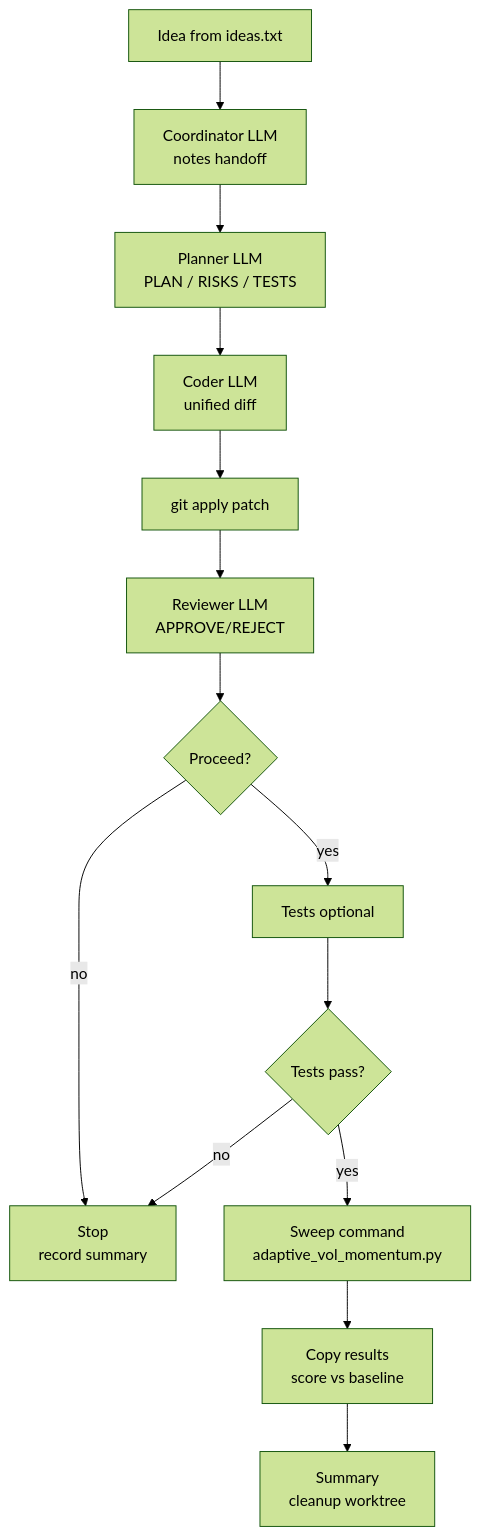
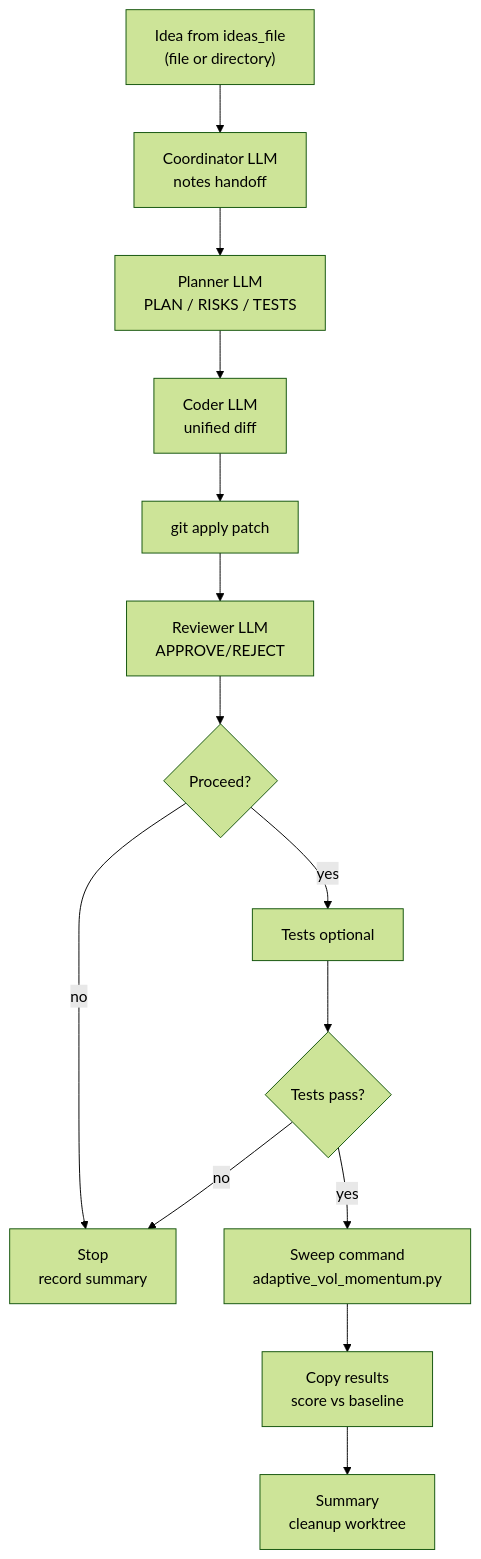
The diagram in agentic_experimentation/AGENTS_README.md (kayvonavishan/algo-meta-model-agent), drawn with Mermaid (forest theme) before and after one commit. The commit also changed other lines of this file and 2 other files, not shown here.

````diff
--- a/agentic_experimentation/AGENTS_README.md
+++ b/agentic_experimentation/AGENTS_README.md
@@ -7,16 +7,16 @@
 ```mermaid
 graph TD
-    A["Idea from ideas.txt"] --> B["Coordinator LLM<br/>notes handoff"]
+    A["Idea from ideas_file<br/>(file or directory)"] --> B["Coordinator LLM<br/>notes handoff"]
     B --> C["Planner LLM<br/>PLAN / RISKS / TESTS"]
     C --> D["Coder LLM<br/>unified diff"]
     D --> E["git apply patch"]
     E --> F["Reviewer LLM<br/>APPROVE/REJECT"]
     F --> G{Proceed?}
     G -- no --> H["Stop<br/>record summary"]
     G -- yes --> I["Tests optional"]
     I --> J{Tests pass?}
     J -- no --> H
     J -- yes --> K["Sweep command<br/>adaptive_vol_momentum.py"]
     K --> L["Copy results<br/>score vs baseline"]
     L --> M["Summary<br/>cleanup worktree"]
 ```
````
